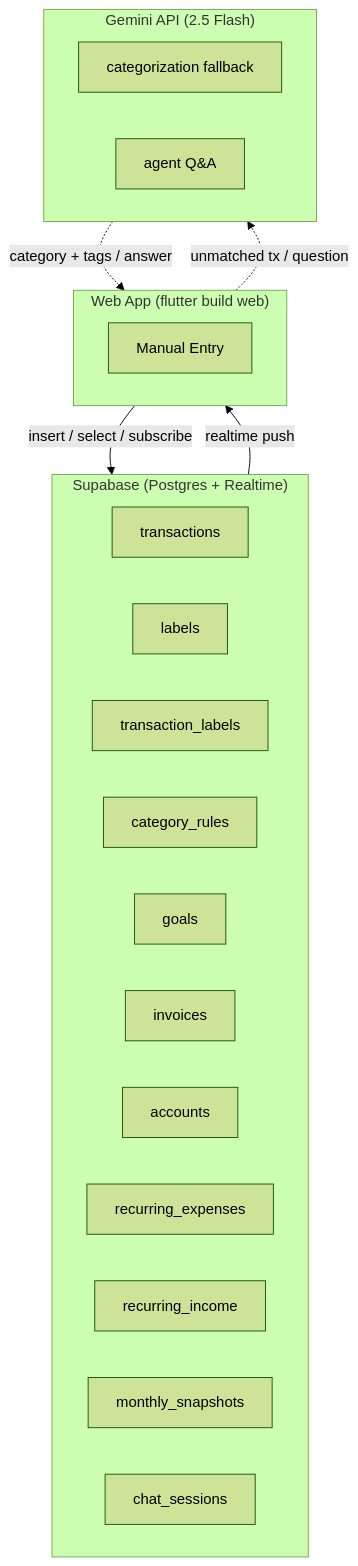
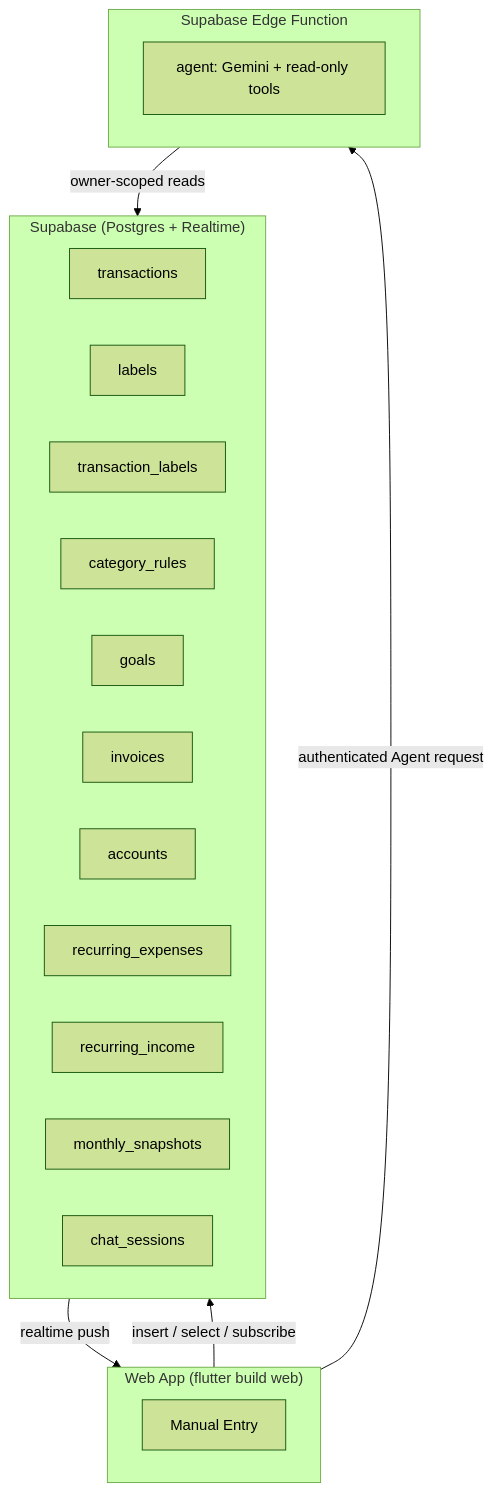
The first of 5 diagrams in docs/ARCHITECTURE.md (maybemnv/Financial-Tracker), drawn with Mermaid (forest theme) before and after one commit. The commit also changed other lines of this file and 11 other files, not shown here.

````diff
--- a/docs/ARCHITECTURE.md
+++ b/docs/ARCHITECTURE.md
@@ -9,31 +9,30 @@
 ```mermaid
 graph TB
     subgraph WebApp["Web App (flutter build web)"]
         ME["Manual Entry"]
     end
 
     subgraph Supabase["Supabase (Postgres + Realtime)"]
         TX[transactions]
         LB[labels]
         TL[transaction_labels]
         CR[category_rules]
         GL[goals]
         IV[invoices]
         AC[accounts]
         RE[recurring_expenses]
         RI[recurring_income]
         MS[monthly_snapshots]
         CS[chat_sessions]
     end
 
-    subgraph Gemini["Gemini API (2.5 Flash)"]
-        CAT[categorization fallback]
-        AGT[agent Q&A]
+    subgraph Edge["Supabase Edge Function"]
+        AGT[agent: Gemini + read-only tools]
     end
 
     WebApp -->|insert / select / subscribe| Supabase
     Supabase -->|realtime push| WebApp
 
-    WebApp -.->|unmatched tx / question| Gemini
-    Gemini -.->|category + tags / answer| WebApp
+    WebApp -->|authenticated Agent request| Edge
+    Edge -->|owner-scoped reads| Supabase
 ```
````
